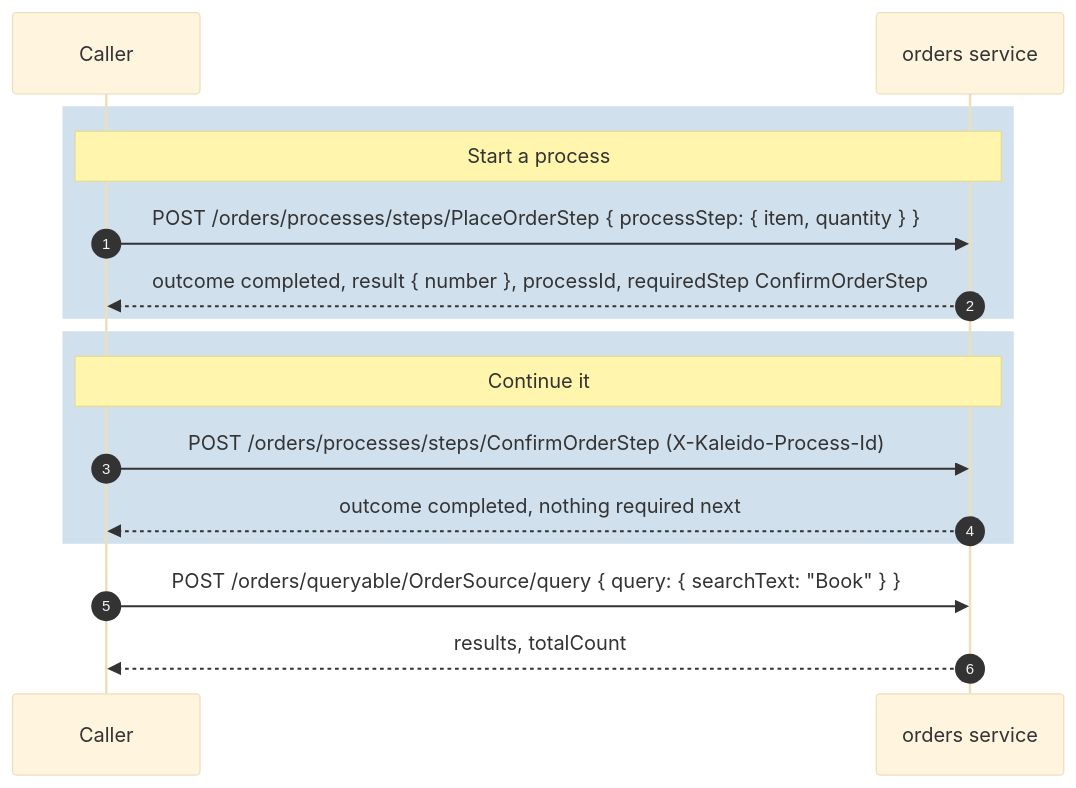
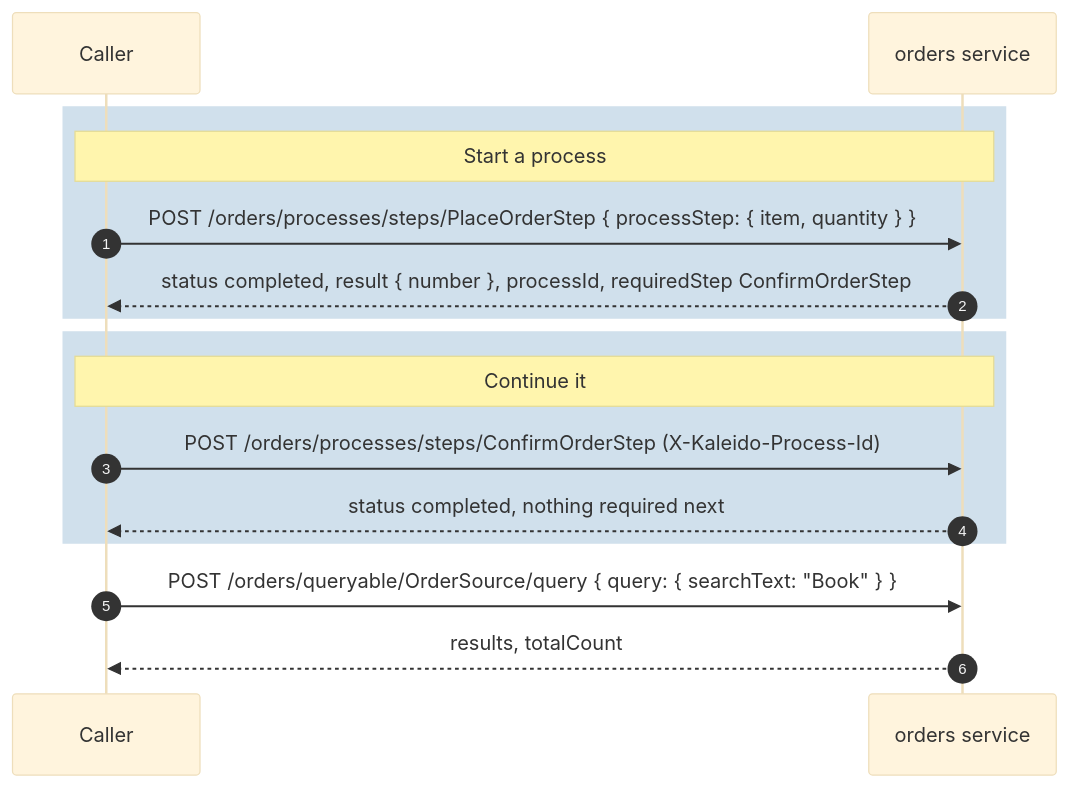
Before and after one commit to no1ross/Kaleido: the diagram in docs/guide/getting-started.md, drawn with Mermaid (base theme). The commit also changed 41 other files, not shown here.

````diff
--- a/docs/guide/getting-started.md
+++ b/docs/guide/getting-started.md
@@ -161,21 +161,21 @@
 ```mermaid
 sequenceDiagram
     autonumber
     participant C as Caller
     participant S as orders service
 
     rect rgba(70, 130, 180, 0.25)
         Note over C,S: Start a process
         C->>S: POST /orders/processes/steps/PlaceOrderStep { processStep: { item, quantity } }
-        S-->>C: outcome completed, result { number }, processId, requiredStep ConfirmOrderStep
+        S-->>C: status completed, result { number }, processId, requiredStep ConfirmOrderStep
     end
 
     rect rgba(70, 130, 180, 0.25)
         Note over C,S: Continue it
         C->>S: POST /orders/processes/steps/ConfirmOrderStep (X-Kaleido-Process-Id)
-        S-->>C: outcome completed, nothing required next
+        S-->>C: status completed, nothing required next
     end
 
     C->>S: POST /orders/queryable/OrderSource/query { query: { searchText: "Book" } }
     S-->>C: results, totalCount
 ```
````
